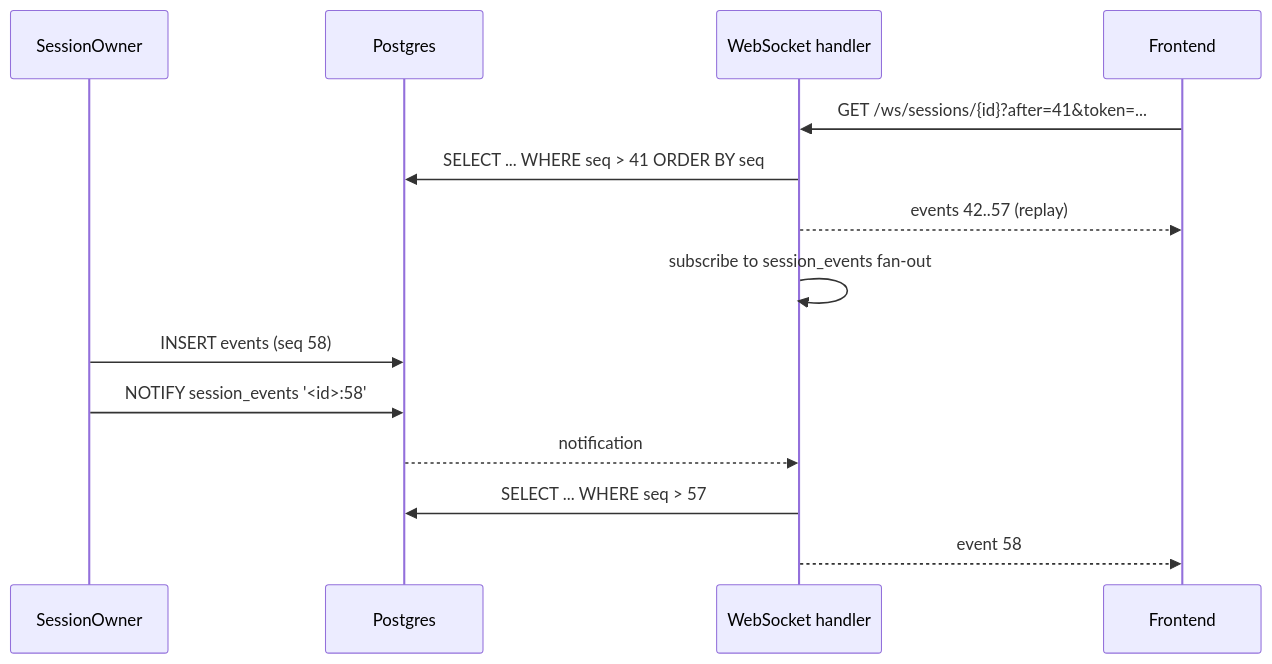
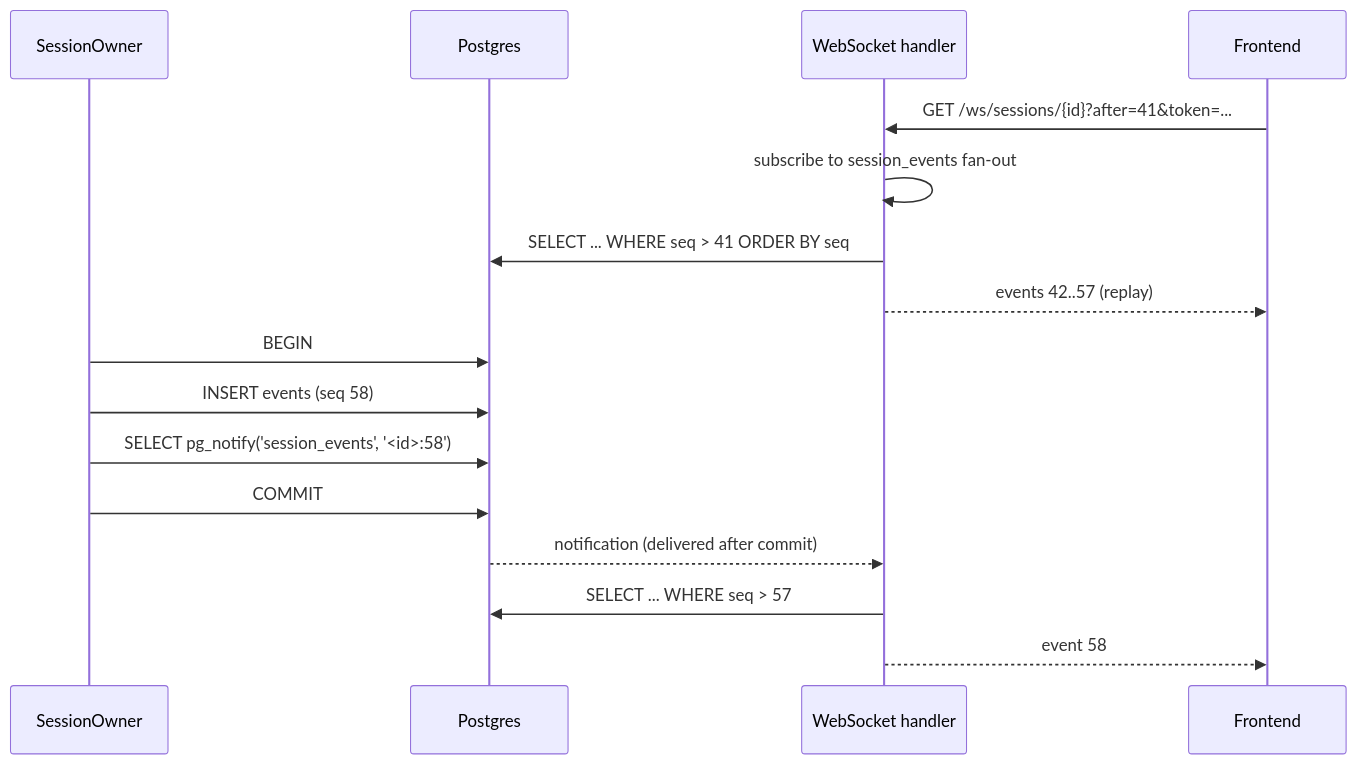
The fifth of 7 diagrams in ARCHITECTURE.md (LHelge/mars), drawn with Mermaid before and after one commit. The commit also changed other lines of this file and 35 other files, not shown here.

````diff
--- a/ARCHITECTURE.md
+++ b/ARCHITECTURE.md
@@ -305,17 +365,19 @@
 ```mermaid
 sequenceDiagram
     participant SO as SessionOwner
     participant PG as Postgres
     participant WS as WebSocket handler
     participant FE as Frontend
 
     FE->>WS: GET /ws/sessions/{id}?after=41&token=...
+    WS->>WS: subscribe to session_events fan-out
     WS->>PG: SELECT ... WHERE seq > 41 ORDER BY seq
     WS-->>FE: events 42..57 (replay)
-    WS->>WS: subscribe to session_events fan-out
+    SO->>PG: BEGIN
     SO->>PG: INSERT events (seq 58)
-    SO->>PG: NOTIFY session_events '<id>:58'
-    PG-->>WS: notification
+    SO->>PG: SELECT pg_notify('session_events', '<id>:58')
+    SO->>PG: COMMIT
+    PG-->>WS: notification (delivered after commit)
     WS->>PG: SELECT ... WHERE seq > 57
     WS-->>FE: event 58
 ```
````
